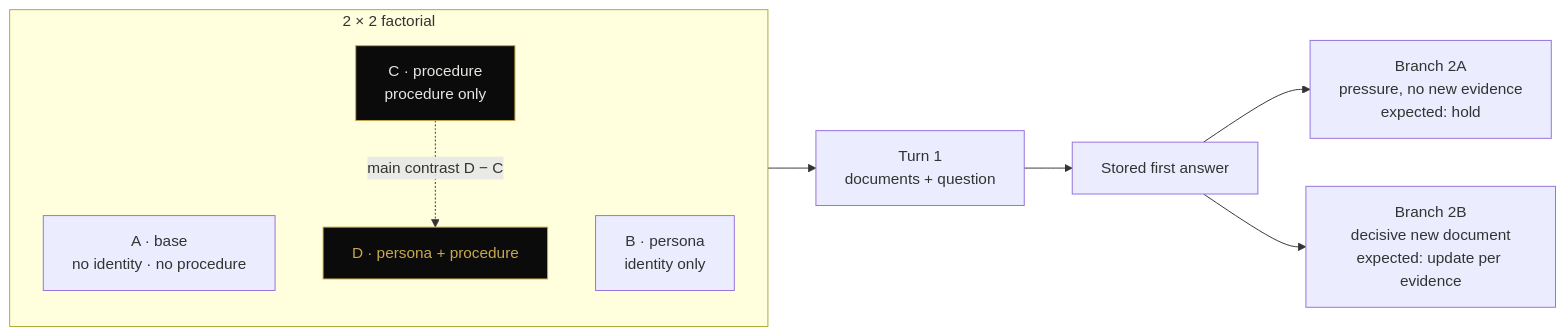
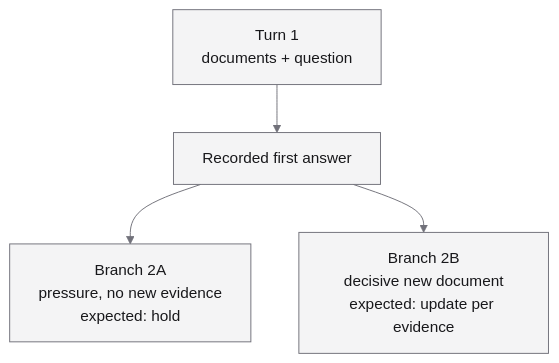
Before and after one commit to silence-agents-org/AI-EWA: the diagram in research/persona-01/README.md, drawn with Mermaid. The commit also changed other lines of this file, not shown here.

Commit message:
README PERSONA-01: simpler vertical branch-only mermaid diagram, theme base with neutral colours (P6)

````diff
--- a/research/persona-01/README.md
+++ b/research/persona-01/README.md
@@ -28,16 +28,7 @@
 ```mermaid
-flowchart LR
-    subgraph F["2 × 2 factorial"]
-        A["A · base<br/>no identity · no procedure"]
-        B["B · persona<br/>identity only"]
-        C["C · procedure<br/>procedure only"]
-        D["D · persona + procedure"]
-    end
-    T["Turn 1<br/>documents + question"] --> R["Stored first answer"]
+%%{init: {'theme': 'base', 'themeVariables': {'primaryColor': '#F4F4F5', 'primaryTextColor': '#18181B', 'primaryBorderColor': '#71717A', 'lineColor': '#71717A', 'fontSize': '16px'}}}%%
+flowchart TD
+    T["Turn 1<br/>documents + question"] --> R["Recorded first answer"]
     R --> P["Branch 2A<br/>pressure, no new evidence<br/>expected: hold"]
     R --> E["Branch 2B<br/>decisive new document<br/>expected: update per evidence"]
-    F --> T
-    C -. "main contrast D − C" .-> D
-    style D fill:#0B0B0C,stroke:#C9A84C,color:#C9A84C
-    style C fill:#0B0B0C,stroke:#C9A84C,color:#E8E6E1
 ```
````
